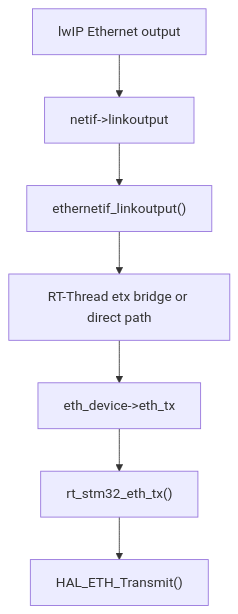
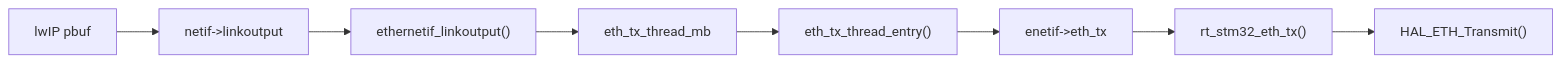
Before and after one commit to wdfk-prog/lwIP-Source-Lab: the fifth of 7 diagrams in docs/42-stm32h750-rtthread-lwip-ethernet-port.md, drawn with Mermaid. The commit also changed other lines of this file and 49 other files, not shown here.

````diff
--- a/docs/42-stm32h750-rtthread-lwip-ethernet-port.md
+++ b/docs/42-stm32h750-rtthread-lwip-ethernet-port.md
@@ -340,9 +746,10 @@
 ```mermaid
-flowchart TD
-    A["lwIP Ethernet output"] --> B["netif->linkoutput"]
+flowchart LR
+    A["lwIP pbuf"] --> B["netif->linkoutput"]
     B --> C["ethernetif_linkoutput()"]
-    C --> D["RT-Thread etx bridge or direct path"]
-    D --> E["eth_device->eth_tx"]
-    E --> F["rt_stm32_eth_tx()"]
-    F --> G["HAL_ETH_Transmit()"]
+    C --> D["eth_tx_thread_mb"]
+    D --> E["eth_tx_thread_entry()"]
+    E --> F["enetif->eth_tx"]
+    F --> G["rt_stm32_eth_tx()"]
+    G --> H["HAL_ETH_Transmit()"]
 ```
````
